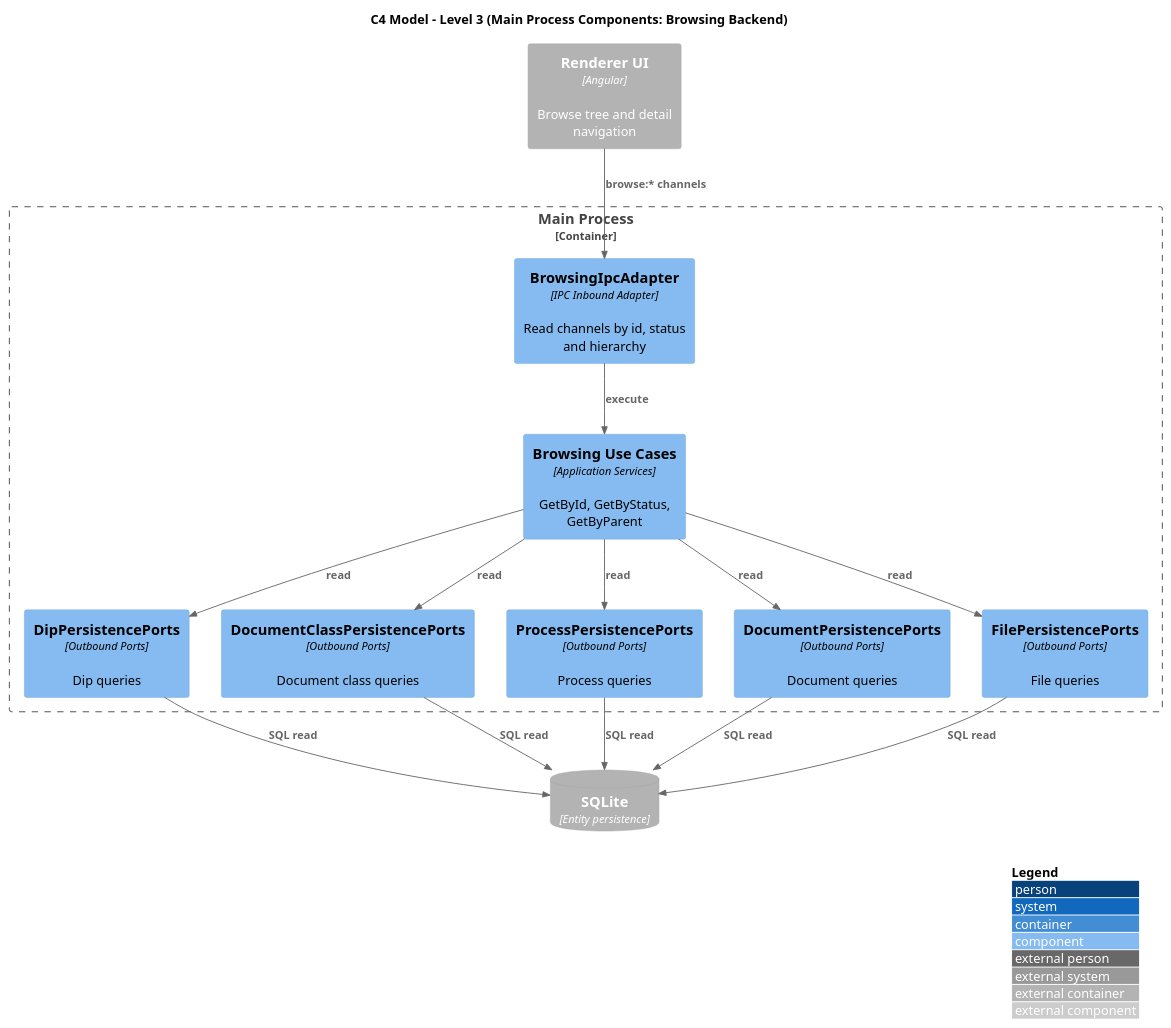
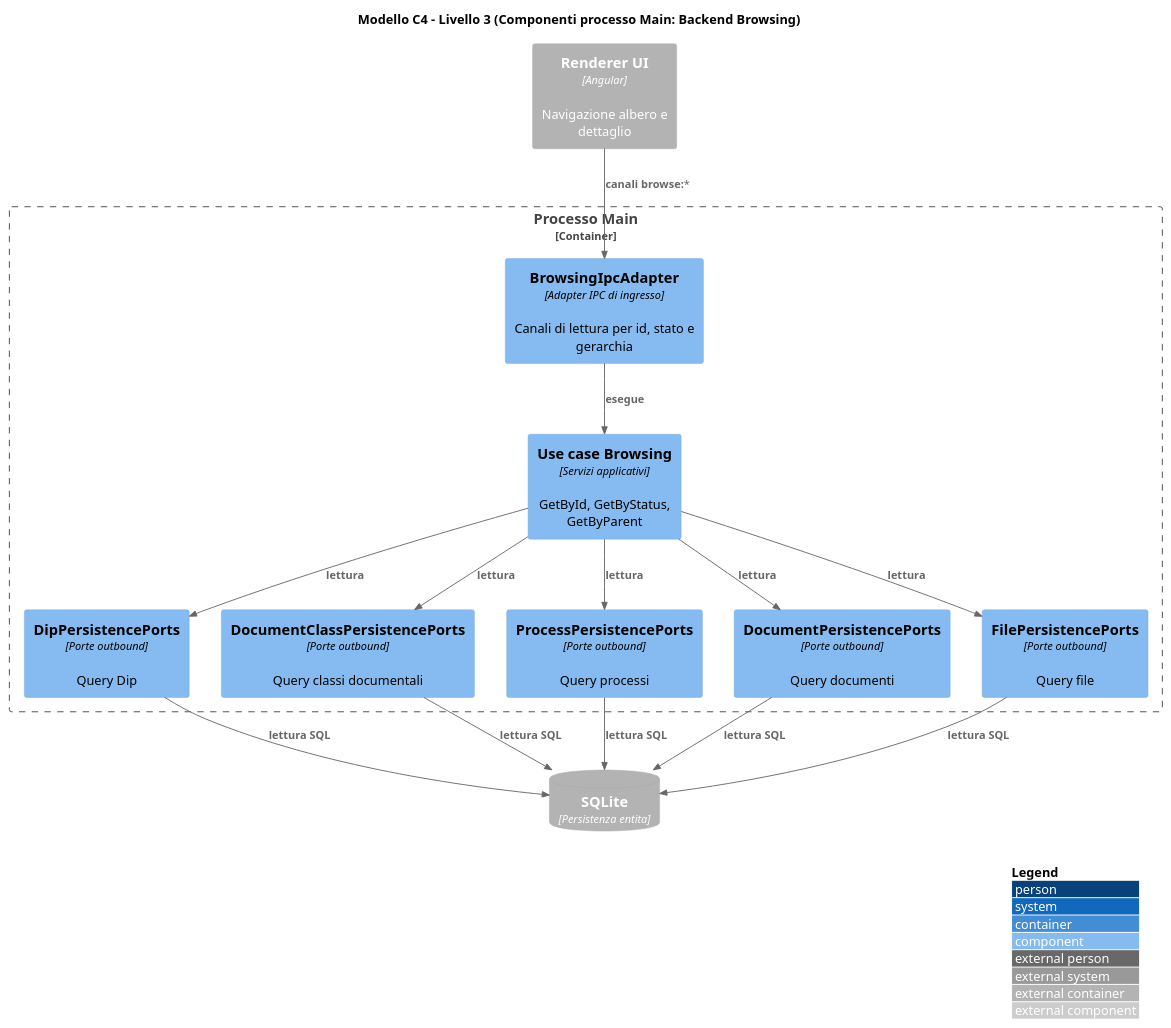
Before and after one commit to 7-ZPUs/Docs: the diagram in 3_PB/DocumentiEsterni/DiagrammiSpecificaTecnica/generated_/architecture/c1-c3/C3-main-browsing-backend.puml, drawn with PlantUML. The commit also changed 17 other files, not shown here.

```diff
--- a/3_PB/DocumentiEsterni/DiagrammiSpecificaTecnica/generated_/architecture/c1-c3/C3-main-browsing-backend.puml
+++ b/3_PB/DocumentiEsterni/DiagrammiSpecificaTecnica/generated_/architecture/c1-c3/C3-main-browsing-backend.puml
@@ -1,37 +1,37 @@
 @startuml C3_Main_Browsing_Backend
 !includeurl https://raw.githubusercontent.com/plantuml-stdlib/C4-PlantUML/master/C4_Component.puml
 
-title C4 Model - Level 3 (Main Process Components: Browsing Backend)
+title Modello C4 - Livello 3 (Componenti processo Main: Backend Browsing)
 
 LAYOUT_WITH_LEGEND()
 
-Container_Boundary(main_container, "Main Process") {
-  Component(browsing_ipc, "BrowsingIpcAdapter", "IPC Inbound Adapter", "Read channels by id, status and hierarchy")
-  Component(browse_ucs, "Browsing Use Cases", "Application Services", "GetById, GetByStatus, GetByParent")
+Container_Boundary(main_container, "Processo Main") {
+  Component(browsing_ipc, "BrowsingIpcAdapter", "Adapter IPC di ingresso", "Canali di lettura per id, stato e gerarchia")
+  Component(browse_ucs, "Use case Browsing", "Servizi applicativi", "GetById, GetByStatus, GetByParent")
 
-  Component(dip_repo, "DipPersistencePorts", "Outbound Ports", "Dip queries")
-  Component(class_repo, "DocumentClassPersistencePorts", "Outbound Ports", "Document class queries")
-  Component(process_repo, "ProcessPersistencePorts", "Outbound Ports", "Process queries")
-  Component(doc_repo, "DocumentPersistencePorts", "Outbound Ports", "Document queries")
-  Component(file_repo, "FilePersistencePorts", "Outbound Ports", "File queries")
+  Component(dip_repo, "DipPersistencePorts", "Porte outbound", "Query Dip")
+  Component(class_repo, "DocumentClassPersistencePorts", "Porte outbound", "Query classi documentali")
+  Component(process_repo, "ProcessPersistencePorts", "Porte outbound", "Query processi")
+  Component(doc_repo, "DocumentPersistencePorts", "Porte outbound", "Query documenti")
+  Component(file_repo, "FilePersistencePorts", "Porte outbound", "Query file")
 }
 
-Container_Ext(renderer, "Renderer UI", "Angular", "Browse tree and detail navigation")
-ContainerDb_Ext(sqlite, "SQLite", "Entity persistence")
+Container_Ext(renderer, "Renderer UI", "Angular", "Navigazione albero e dettaglio")
+ContainerDb_Ext(sqlite, "SQLite", "Persistenza entita")
 
-Rel(renderer, browsing_ipc, "browse:* channels")
-Rel(browsing_ipc, browse_ucs, "execute")
+Rel(renderer, browsing_ipc, "canali browse:*")
+Rel(browsing_ipc, browse_ucs, "esegue")
 
-Rel(browse_ucs, dip_repo, "read")
-Rel(browse_ucs, class_repo, "read")
-Rel(browse_ucs, process_repo, "read")
-Rel(browse_ucs, doc_repo, "read")
-Rel(browse_ucs, file_repo, "read")
+Rel(browse_ucs, dip_repo, "lettura")
+Rel(browse_ucs, class_repo, "lettura")
+Rel(browse_ucs, process_repo, "lettura")
+Rel(browse_ucs, doc_repo, "lettura")
+Rel(browse_ucs, file_repo, "lettura")
 
-Rel(dip_repo, sqlite, "SQL read")
-Rel(class_repo, sqlite, "SQL read")
-Rel(process_repo, sqlite, "SQL read")
-Rel(doc_repo, sqlite, "SQL read")
-Rel(file_repo, sqlite, "SQL read")
+Rel(dip_repo, sqlite, "lettura SQL")
+Rel(class_repo, sqlite, "lettura SQL")
+Rel(process_repo, sqlite, "lettura SQL")
+Rel(doc_repo, sqlite, "lettura SQL")
+Rel(file_repo, sqlite, "lettura SQL")
 
 @enduml
```
